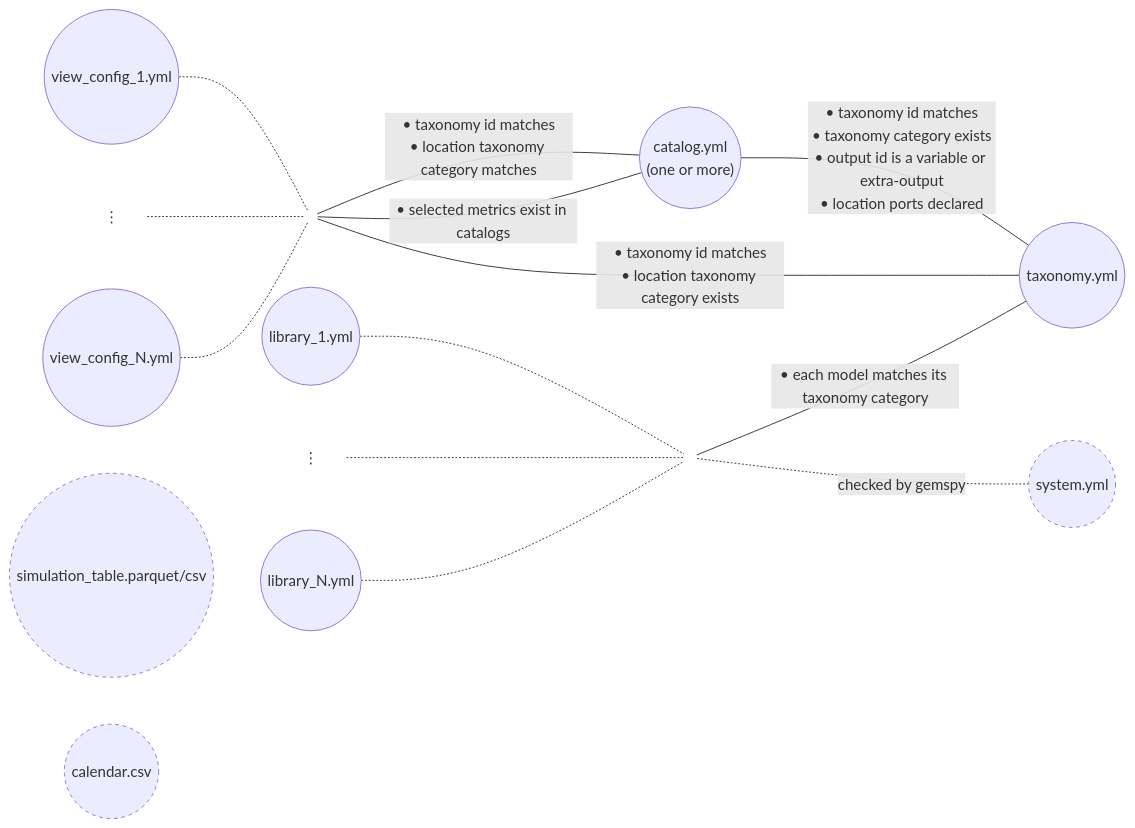
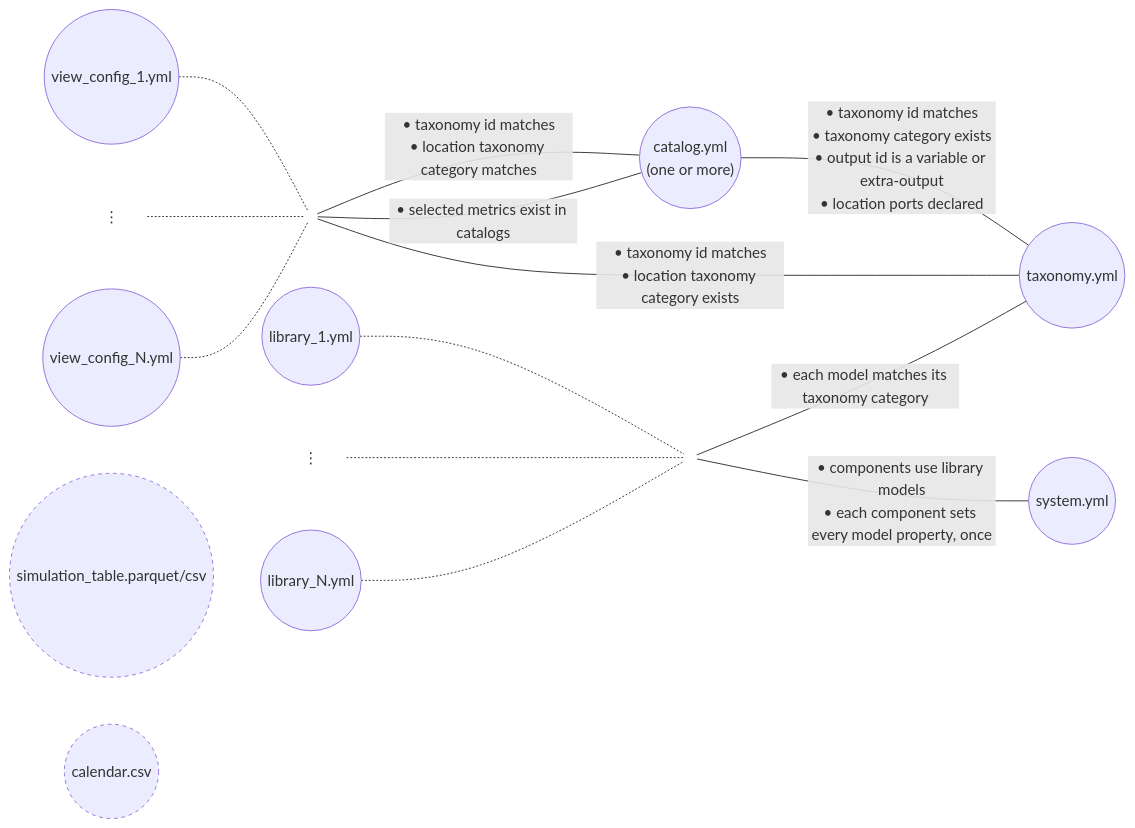
One commit to AntaresSimulatorTeam/GEMS-ViewsBuilder changed the diagram in README.md. Above: the diagram before and after it, drawn with Mermaid. The commit also changed 1 other file, not shown here.

Commit message:
docs(validation-rules): clarify system checks and update validation rules table

````diff
--- a/README.md
+++ b/README.md
@@ -20,35 +20,35 @@
 ```mermaid
 graph LR
     catalog(("catalog.yml<br/>(one or more)"))
     taxonomy(("taxonomy.yml"))
     view_config_1(("view_config_1.yml"))
     view_config_dots["⋮"]
     view_config_n(("view_config_N.yml"))
     view_config_join((" "))
     library_1(("library_1.yml"))
     library_dots["⋮"]
     library_n(("library_N.yml"))
     library_join((" "))
     system(("system.yml"))
     simulation_table(("simulation_table.parquet/csv"))
     calendar(("calendar.csv"))
 
     catalog -- "• taxonomy id matches<br/>• taxonomy category exists<br/>• output id is a variable or extra-output<br/>• location ports declared" --- taxonomy
     view_config_1 -.- view_config_join
     view_config_dots -.- view_config_join
     view_config_n -.- view_config_join
     view_config_join -- "• taxonomy id matches<br/>• location taxonomy category exists" --- taxonomy
     view_config_join -- "• taxonomy id matches<br/>• location taxonomy category matches" --- catalog
     view_config_join -- "• selected metrics exist in catalogs" --- catalog
 
     library_1 -.- library_join
     library_dots -.- library_join
     library_n -.- library_join
     library_join -- "• each model matches its taxonomy category" --- taxonomy
-    library_join -. "checked by gemspy" .- system
+    library_join -- "• components use library models<br/>• each component sets every model property, once" --- system
 
     classDef unvalidated stroke-dasharray: 4 4;
     classDef plain stroke: none, fill: none;
-    class system,simulation_table,calendar unvalidated;
+    class simulation_table,calendar unvalidated;
     class library_dots,library_join,view_config_dots,view_config_join plain;
 ```
````
